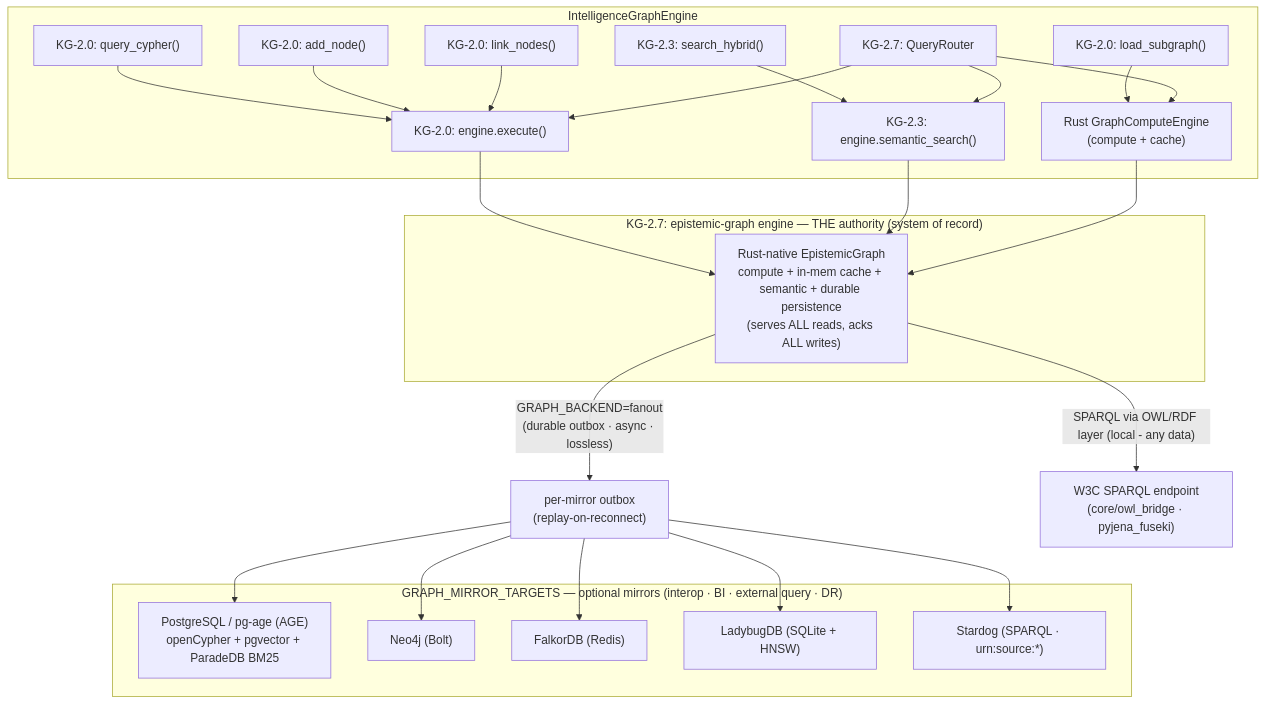
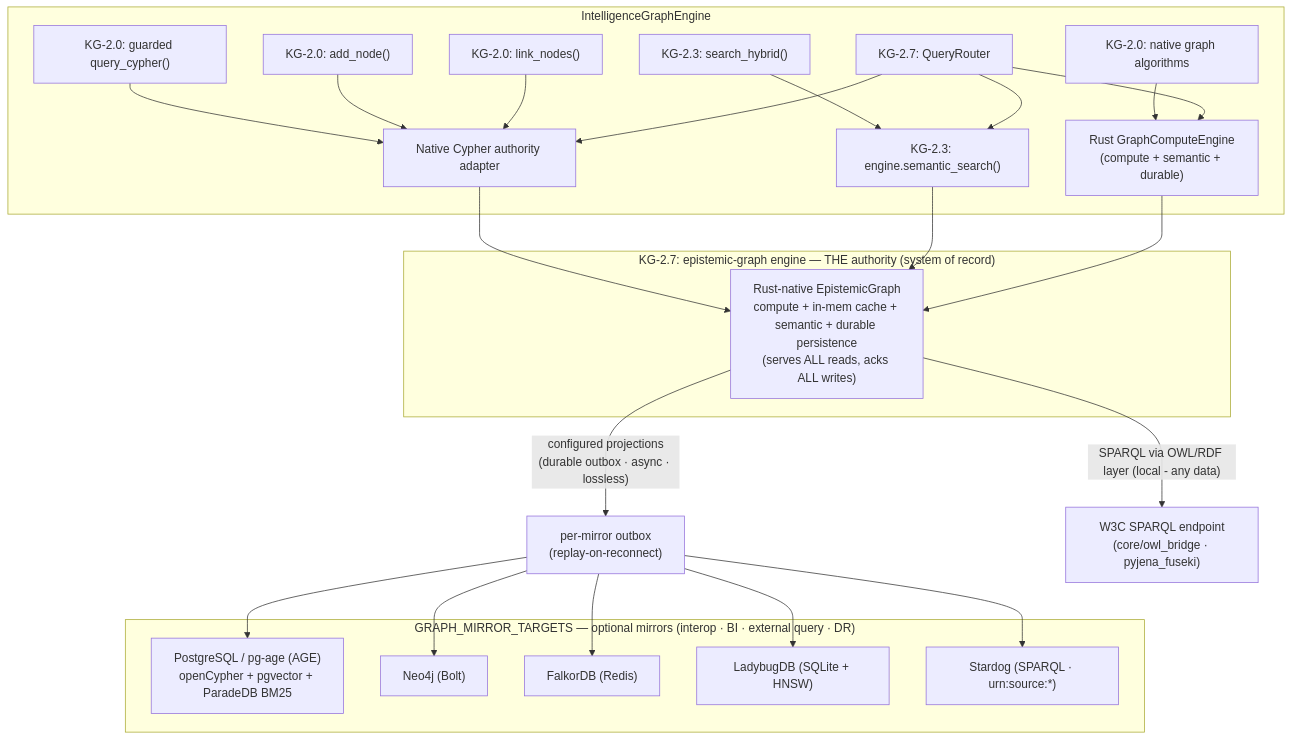
One commit to Knuckles-Team/agent-utilities changed the first of 5 diagrams in docs/architecture/graph_backends_architecture.md. Above: the diagram before and after it, drawn with Mermaid. The commit also changed other lines of this file and 3818 other files, not shown here.

````diff
--- a/docs/architecture/graph_backends_architecture.md
+++ b/docs/architecture/graph_backends_architecture.md
@@ -36,39 +36,39 @@
 ```mermaid
 graph TB
     subgraph "IntelligenceGraphEngine"
-        A["KG-2.0: query_cypher()"] --> B["KG-2.0: engine.execute()"]
+        A["KG-2.0: guarded query_cypher()"] --> B["Native Cypher authority adapter"]
         C["KG-2.0: add_node()"] --> B
         D["KG-2.0: link_nodes()"] --> B
         E["KG-2.3: search_hybrid()"] --> F["KG-2.3: engine.semantic_search()"]
-        G["KG-2.0: load_subgraph()"] --> H["Rust GraphComputeEngine\n(compute + cache)"]
+        G["KG-2.0: native graph algorithms"] --> H["Rust GraphComputeEngine\n(compute + semantic + durable)"]
         QR["KG-2.7: QueryRouter"] --> B
         QR --> H
         QR --> F
     end
 
     subgraph AUTH["KG-2.7: epistemic-graph engine — THE authority (system of record)"]
         EG["Rust-native EpistemicGraph\ncompute + in-mem cache + semantic + durable persistence\n(serves ALL reads, acks ALL writes)"]
     end
 
     B --> EG
     F --> EG
     H --> EG
 
-    EG -->|"GRAPH_BACKEND=fanout\n(durable outbox · async · lossless)"| OUTBOX["per-mirror outbox\n(replay-on-reconnect)"]
+    EG -->|"configured projections\n(durable outbox · async · lossless)"| OUTBOX["per-mirror outbox\n(replay-on-reconnect)"]
 
     subgraph MIRRORS["GRAPH_MIRROR_TARGETS — optional mirrors (interop · BI · external query · DR)"]
         M_PG["PostgreSQL / pg-age (AGE)\nopenCypher + pgvector + ParadeDB BM25"]
         M_N4["Neo4j (Bolt)"]
         M_FK["FalkorDB (Redis)"]
         M_LB["LadybugDB (SQLite + HNSW)"]
         M_SD["Stardog (SPARQL · urn:source:*)"]
     end
 
     OUTBOX --> M_PG
     OUTBOX --> M_N4
     OUTBOX --> M_FK
     OUTBOX --> M_LB
     OUTBOX --> M_SD
 
     EG -->|"SPARQL via OWL/RDF layer (local - any data)"| SPARQL["W3C SPARQL endpoint\n(core/owl_bridge · pyjena_fuseki)"]
 ```
````
